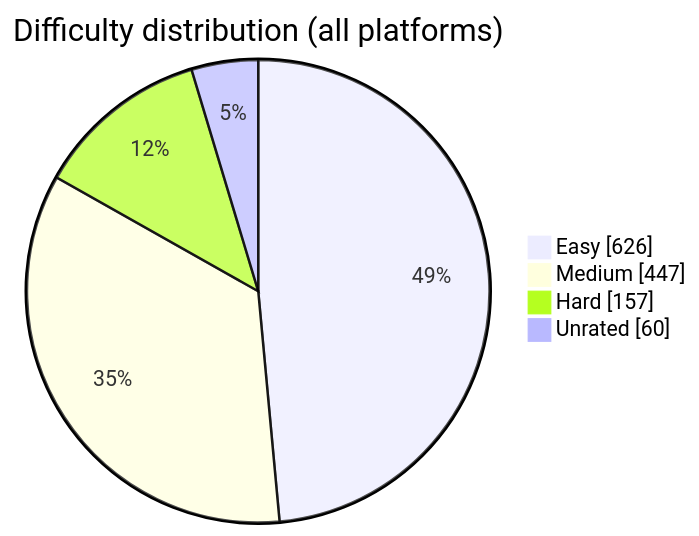
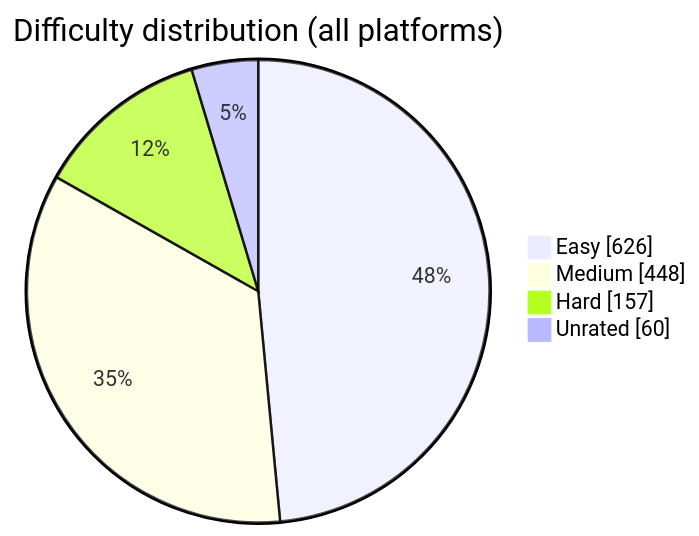
The diagram in README.md (BuildbyArindam/Daily-Coding-Log), drawn with Mermaid before and after one commit. The commit also changed other lines of this file, not shown here.

````diff
--- a/README.md
+++ b/README.md
@@ -93,7 +93,7 @@
 ```mermaid
 pie showData title Difficulty distribution (all platforms)
     "Easy" : 626
-    "Medium" : 447
+    "Medium" : 448
     "Hard" : 157
     "Unrated" : 60
 ```
````
